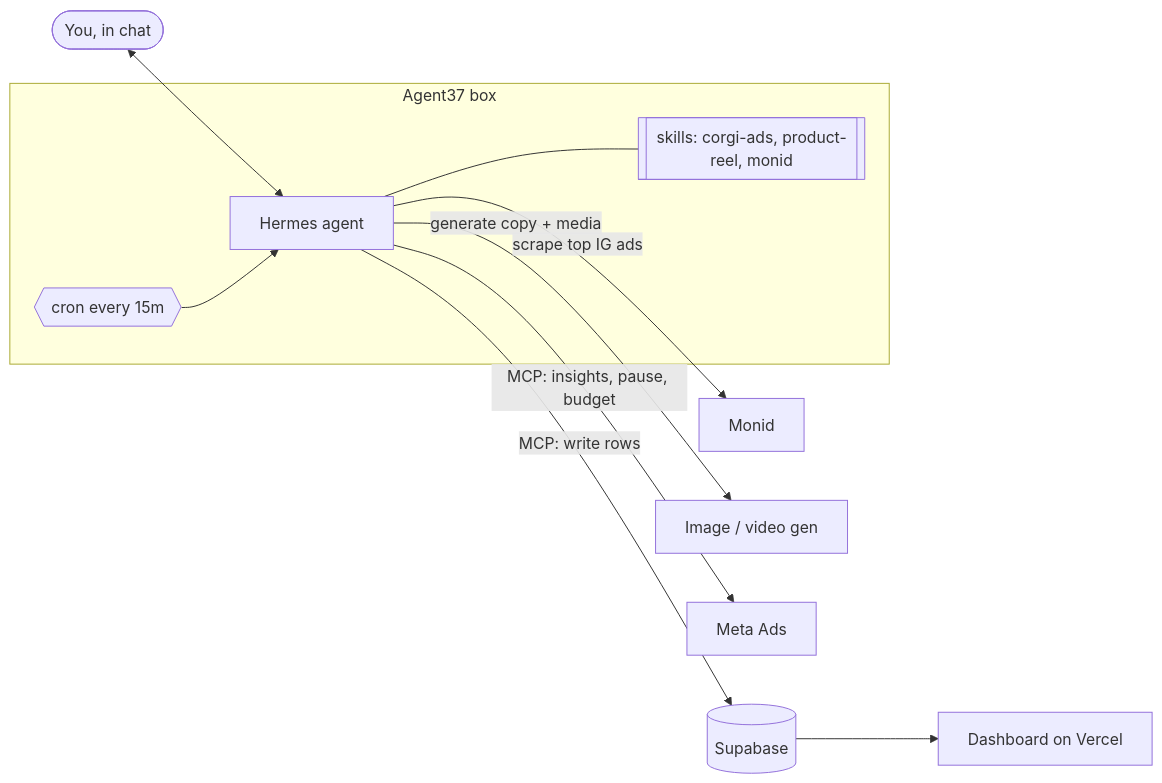
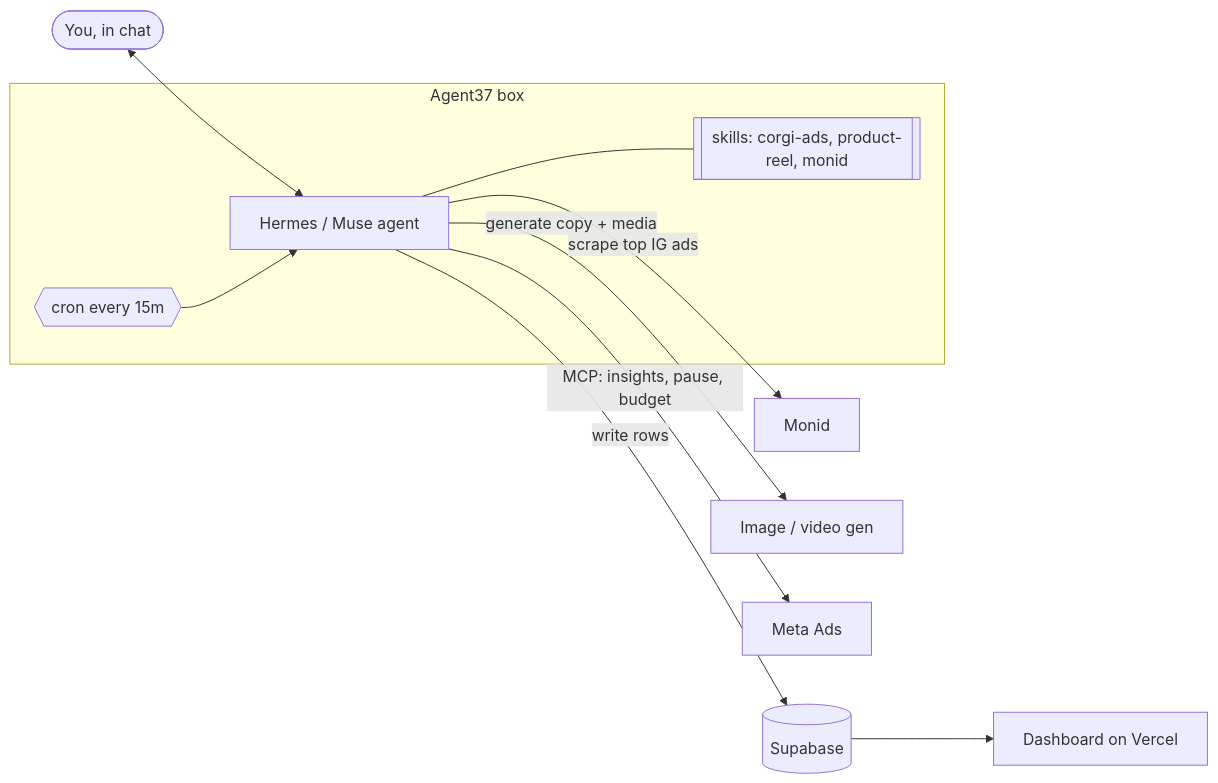
One commit to benikigai/corgihack changed the diagram in README.md. Above: the diagram before and after it, drawn with Mermaid. The commit also changed other lines of this file, not shown here.

````diff
--- a/README.md
+++ b/README.md
@@ -11,18 +25,18 @@
 ```mermaid
 flowchart LR
-  user([You, in chat]) <--> hermes
+  user([You, in chat]) <--> agent
 
   subgraph agent37[Agent37 box]
-    hermes[Hermes agent]
+    agent[Hermes / Muse agent]
     skills[[skills: corgi-ads, product-reel, monid]]
     cron{{cron every 15m}}
-    hermes --- skills
-    cron --> hermes
+    agent --- skills
+    cron --> agent
   end
 
-  hermes -- scrape top IG ads --> monid[Monid]
-  hermes -- generate copy + media --> gen[Image / video gen]
-  hermes -- MCP: insights, pause, budget --> meta[Meta Ads]
-  hermes -- MCP: write rows --> db[(Supabase)]
+  agent -- scrape top IG ads --> monid[Monid]
+  agent -- generate copy + media --> gen[Image / video gen]
+  agent -- MCP: insights, pause, budget --> meta[Meta Ads]
+  agent -- write rows --> db[(Supabase)]
   db --> web[Dashboard on Vercel]
 ```
````
